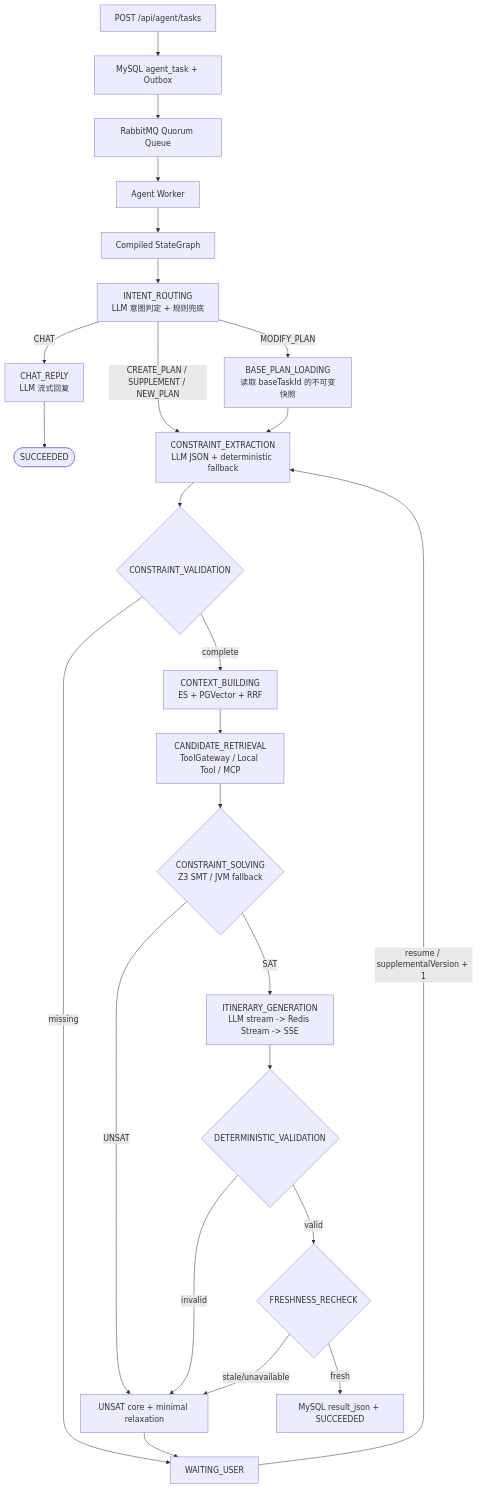
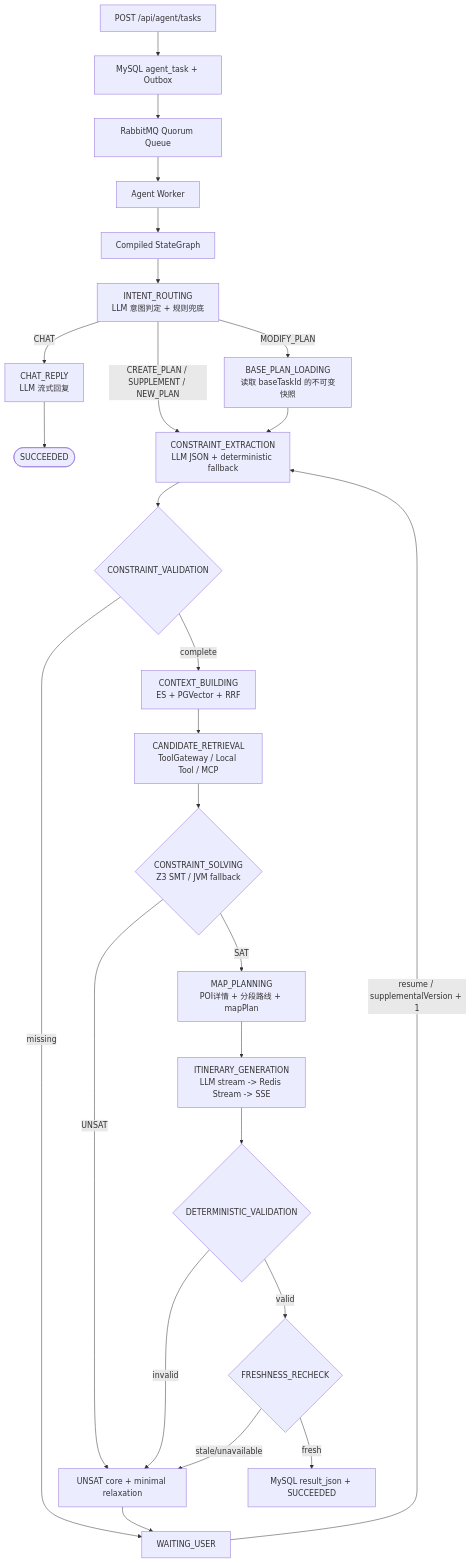
Before and after one commit to 37517968/TravelMind-AI: the diagram in docs/architecture/FORMAL-TRAVEL-WORKFLOW.md, drawn with Mermaid. The commit also changed 35 other files, not shown here.

````diff
--- a/docs/architecture/FORMAL-TRAVEL-WORKFLOW.md
+++ b/docs/architecture/FORMAL-TRAVEL-WORKFLOW.md
@@ -9,28 +9,29 @@
 ```mermaid
 flowchart TD
     API[POST /api/agent/tasks] --> TX[MySQL agent_task + Outbox]
     TX --> MQ[RabbitMQ Quorum Queue]
     MQ --> WORKER[Agent Worker]
     WORKER --> GRAPH[Compiled StateGraph]
 
     GRAPH --> INTENT[INTENT_ROUTING\nLLM 意图判定 + 规则兜底]
     INTENT -->|CHAT| CHATNODE[CHAT_REPLY\nLLM 流式回复]
     CHATNODE --> DONE([SUCCEEDED])
     INTENT -->|CREATE_PLAN / SUPPLEMENT / NEW_PLAN| EXTRACT[CONSTRAINT_EXTRACTION\nLLM JSON + deterministic fallback]
     INTENT -->|MODIFY_PLAN| BASE[BASE_PLAN_LOADING\n读取 baseTaskId 的不可变快照]
     BASE --> EXTRACT
     EXTRACT --> CHECK{CONSTRAINT_VALIDATION}
     CHECK -->|missing| WAIT[WAITING_USER]
     WAIT -->|resume / supplementalVersion + 1| EXTRACT
     CHECK -->|complete| CONTEXT[CONTEXT_BUILDING\nES + PGVector + RRF]
     CONTEXT --> CANDIDATES[CANDIDATE_RETRIEVAL\nToolGateway / Local Tool / MCP]
     CANDIDATES --> SOLVER{CONSTRAINT_SOLVING\nZ3 SMT / JVM fallback}
     SOLVER -->|UNSAT| RELAX[UNSAT core + minimal relaxation]
     RELAX --> WAIT
-    SOLVER -->|SAT| GEN[ITINERARY_GENERATION\nLLM stream -> Redis Stream -> SSE]
+    SOLVER -->|SAT| MAP[MAP_PLANNING\nPOI详情 + 分段路线 + mapPlan]
+    MAP --> GEN[ITINERARY_GENERATION\nLLM stream -> Redis Stream -> SSE]
     GEN --> VALIDATE{DETERMINISTIC_VALIDATION}
     VALIDATE -->|invalid| RELAX
     VALIDATE -->|valid| FRESH{FRESHNESS_RECHECK}
     FRESH -->|stale/unavailable| RELAX
     FRESH -->|fresh| RESULT[MySQL result_json + SUCCEEDED]
 ```
````
